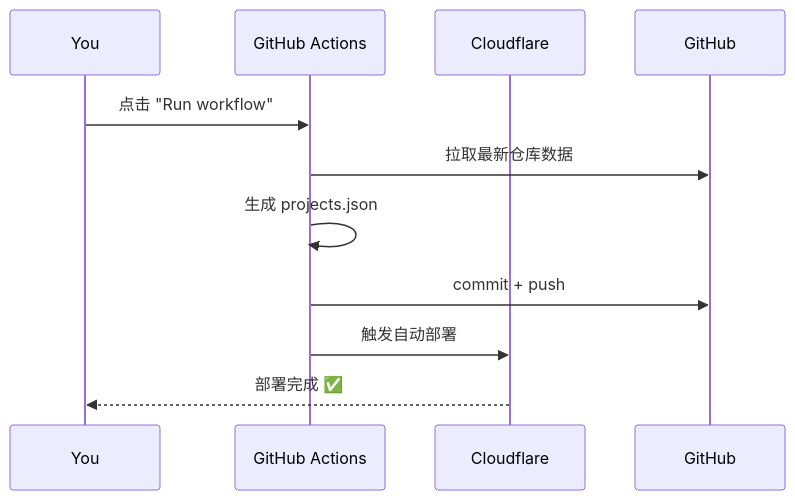
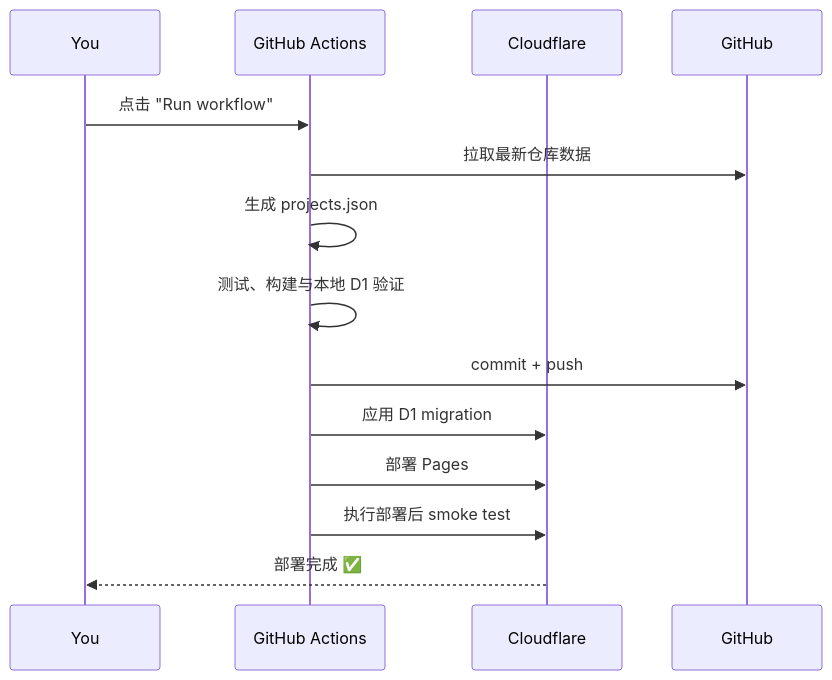
Before and after one commit to Galileo01/github-blog: the diagram in README.md, drawn with Mermaid. The commit also changed other lines of this file and 46 other files, not shown here.

````diff
--- a/README.md
+++ b/README.md
@@ -153,13 +229,16 @@
 ```mermaid
 sequenceDiagram
     participant You
     participant GitHub Actions
     participant Cloudflare
 
     You->>GitHub Actions: 点击 "Run workflow"
     GitHub Actions->>GitHub: 拉取最新仓库数据
     GitHub Actions->>GitHub Actions: 生成 projects.json
+    GitHub Actions->>GitHub Actions: 测试、构建与本地 D1 验证
     GitHub Actions->>GitHub: commit + push
-    GitHub Actions->>Cloudflare: 触发自动部署
+    GitHub Actions->>Cloudflare: 应用 D1 migration
+    GitHub Actions->>Cloudflare: 部署 Pages
+    GitHub Actions->>Cloudflare: 执行部署后 smoke test
     Cloudflare-->>You: 部署完成 ✅
 ```
````
